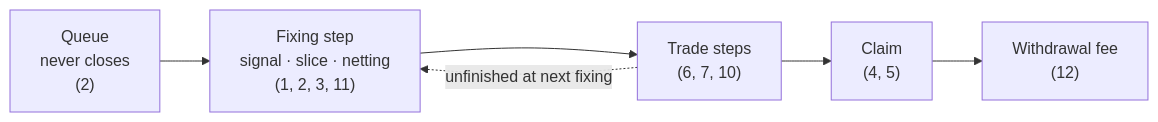
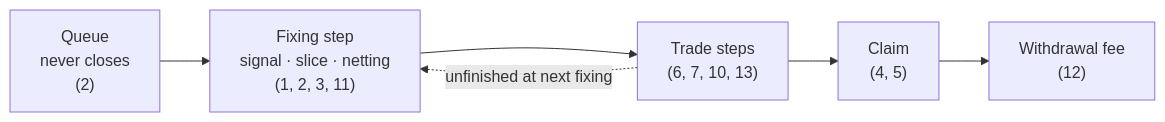
One commit to 0xnex/tide changed the diagram in AGENTS.md. Above: the diagram before and after it, drawn with Mermaid. The commit also changed other lines of this file and 13 other files, not shown here.

````diff
--- a/AGENTS.md
+++ b/AGENTS.md
@@ -54,8 +54,8 @@
 ```mermaid
 flowchart LR
   Q["Queue<br/>never closes<br/>(2)"] --> FX["Fixing step<br/>signal · slice · netting<br/>(1, 2, 3, 11)"]
-  FX --> TR["Trade steps<br/>(6, 7, 10)"]
+  FX --> TR["Trade steps<br/>(6, 7, 10, 13)"]
   TR --> CL["Claim<br/>(4, 5)"]
   TR -. "unfinished at next fixing" .-> FX
   CL --> FE["Withdrawal fee<br/>(12)"]
 ```
````
